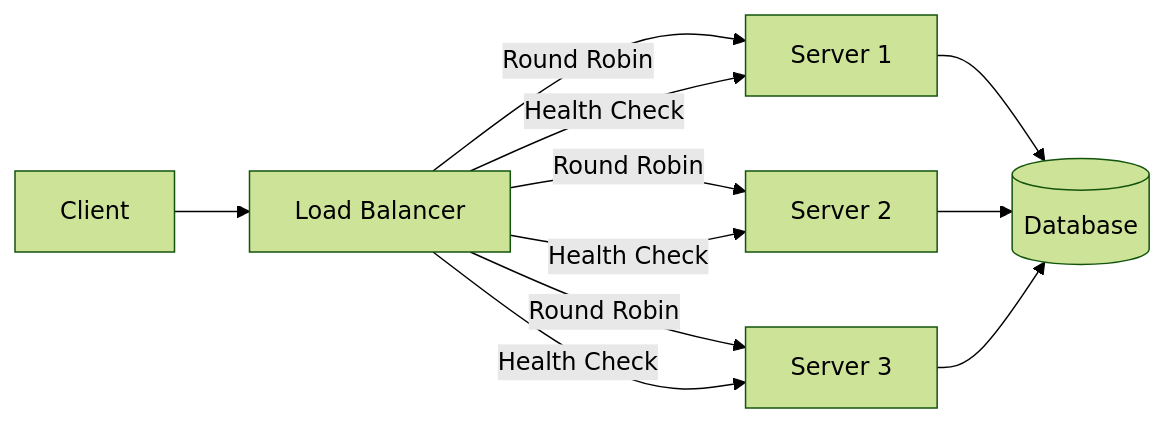
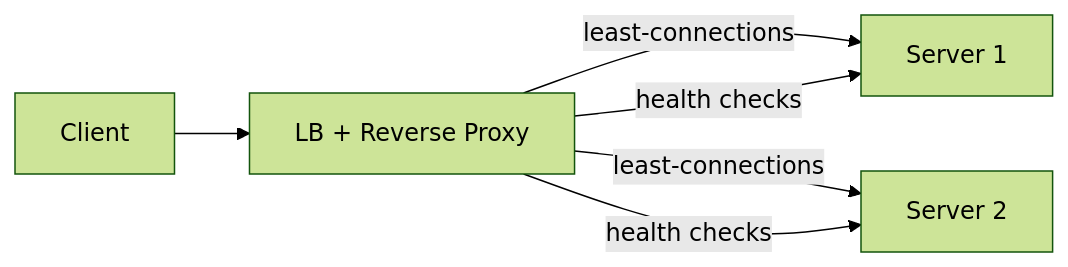
Before and after one commit to rakshitagarwal/champ-dsa: the diagram in content/system-design/load-balancing.md, drawn with Mermaid (forest theme). The commit also changed other lines of this file and 100 other files, not shown here.

````diff
--- a/content/system-design/load-balancing.md
+++ b/content/system-design/load-balancing.md
@@ -27,13 +31,8 @@
 ```mermaid
 graph LR
-    A[Client] --> B[Load Balancer]
-    B -->|Round Robin| C[Server 1]
-    B -->|Round Robin| D[Server 2]
-    B -->|Round Robin| E[Server 3]
-    C --> F[(Database)]
-    D --> F
-    E --> F
-    B -->|Health Check| C
-    B -->|Health Check| D
-    B -->|Health Check| E
+    A[Client] --> B[LB + Reverse Proxy]
+    B -->|least-connections| C[Server 1]
+    B -->|least-connections| D[Server 2]
+    B -->|health checks| C
+    B -->|health checks| D
 ```
````
